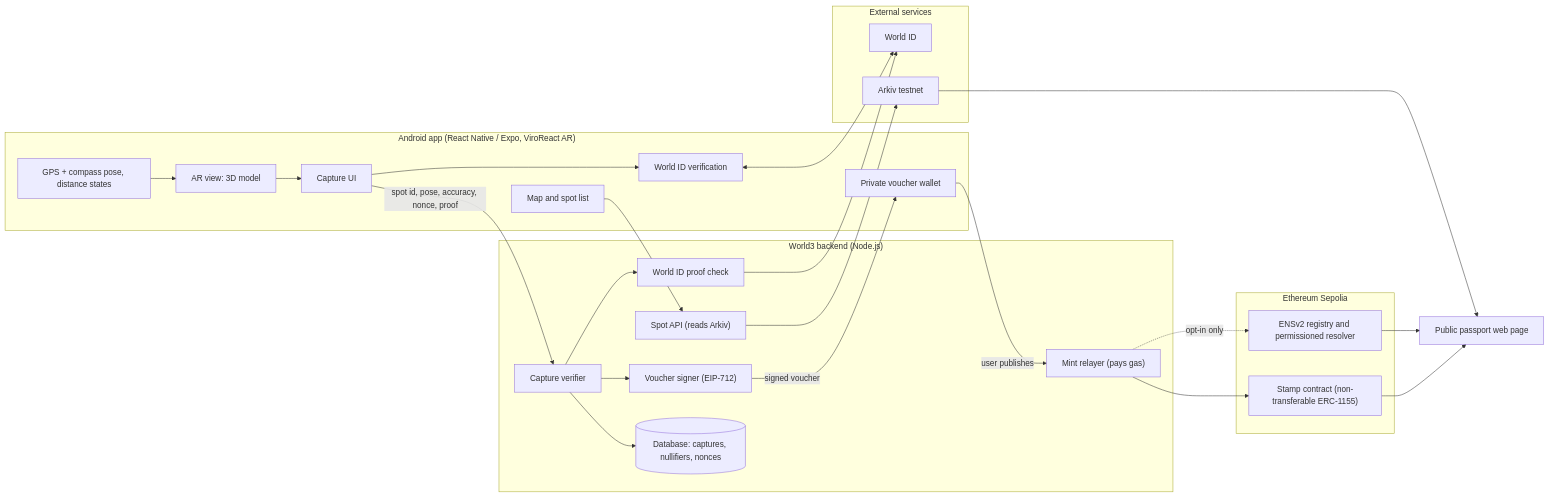
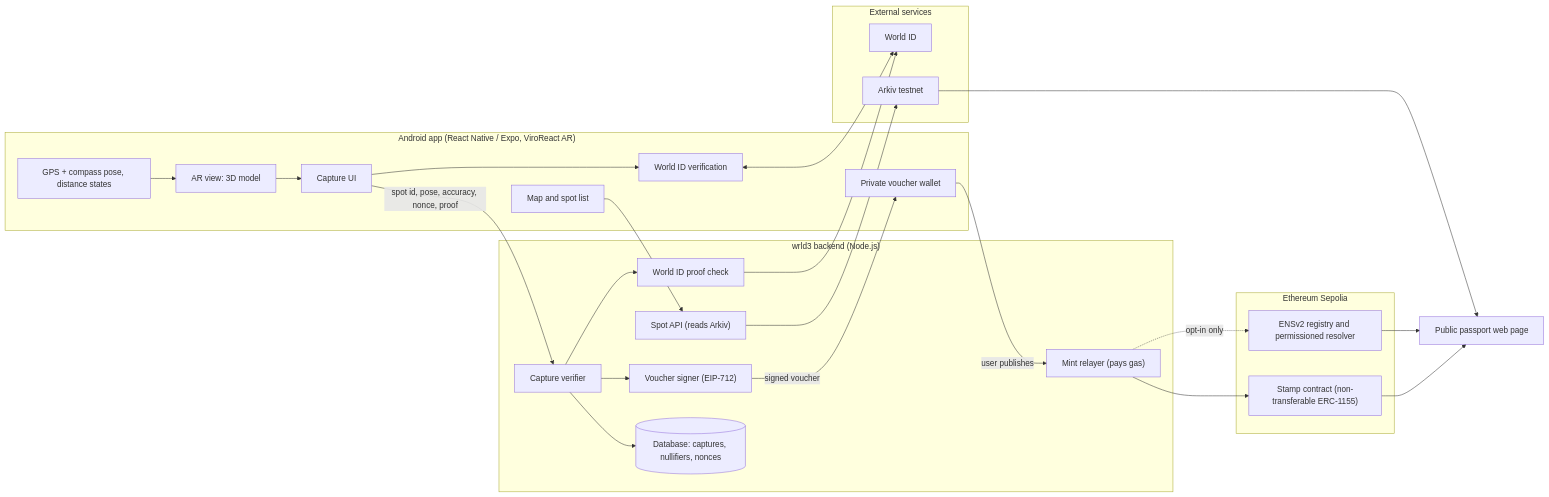
The first of 3 diagrams in README.md (anbusan19/world3), drawn with Mermaid before and after one commit. The commit also changed other lines of this file and 95 other files, not shown here.

Commit message:
Rename World3 to wrld3; coin models for the sponsor anchors; Mumbai Passport poster on the Stamps page

````diff
--- a/README.md
+++ b/README.md
@@ -67,45 +67,45 @@
 ```mermaid
 flowchart LR
     subgraph Phone["Android app (React Native / Expo, ViroReact AR)"]
         P1["Map and spot list"]
         P2["GPS + compass pose, distance states"]
         P3["AR view: 3D model"]
         P4["Capture UI"]
         P5["World ID verification"]
         P6["Private voucher wallet"]
     end
 
-    subgraph Backend["World3 backend (Node.js)"]
+    subgraph Backend["wrld3 backend (Node.js)"]
         B1["Spot API (reads Arkiv)"]
         B2["Capture verifier"]
         B3["World ID proof check"]
         B4["Voucher signer (EIP-712)"]
         B5["Mint relayer (pays gas)"]
         B6[("Database: captures, nullifiers, nonces")]
     end
 
     subgraph Ext["External services"]
         W["World ID"]
         A["Arkiv testnet"]
     end
 
     subgraph Chain["Ethereum Sepolia"]
         C1["Stamp contract (non-transferable ERC-1155)"]
         E1["ENSv2 registry and permissioned resolver"]
     end
 
     Web["Public passport web page"]
 
     P1 --> B1 --> A
     P2 --> P3 --> P4
     P4 --> P5 <--> W
     P4 -->|"spot id, pose, accuracy, nonce, proof"| B2
     B2 --> B3 --> W
     B2 --> B6
     B2 --> B4 -->|"signed voucher"| P6
     P6 -->|"user publishes"| B5 --> C1
     B5 -.->|"opt-in only"| E1
     C1 --> Web
     E1 --> Web
     A --> Web
 ```
````
